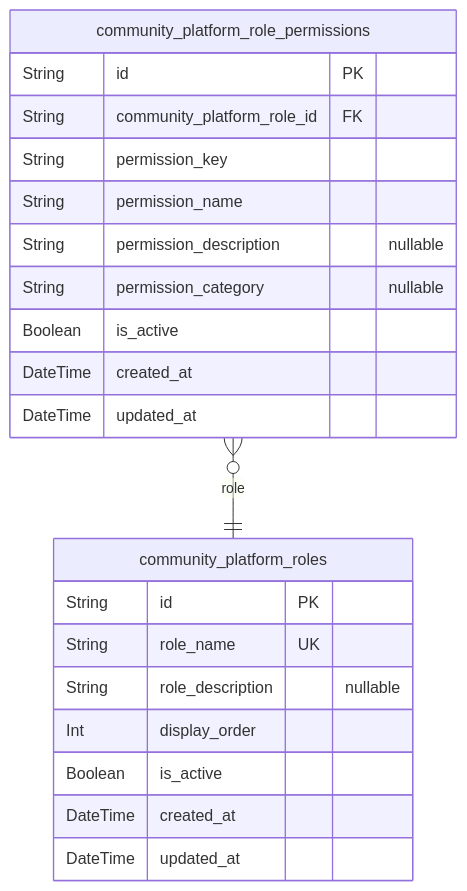
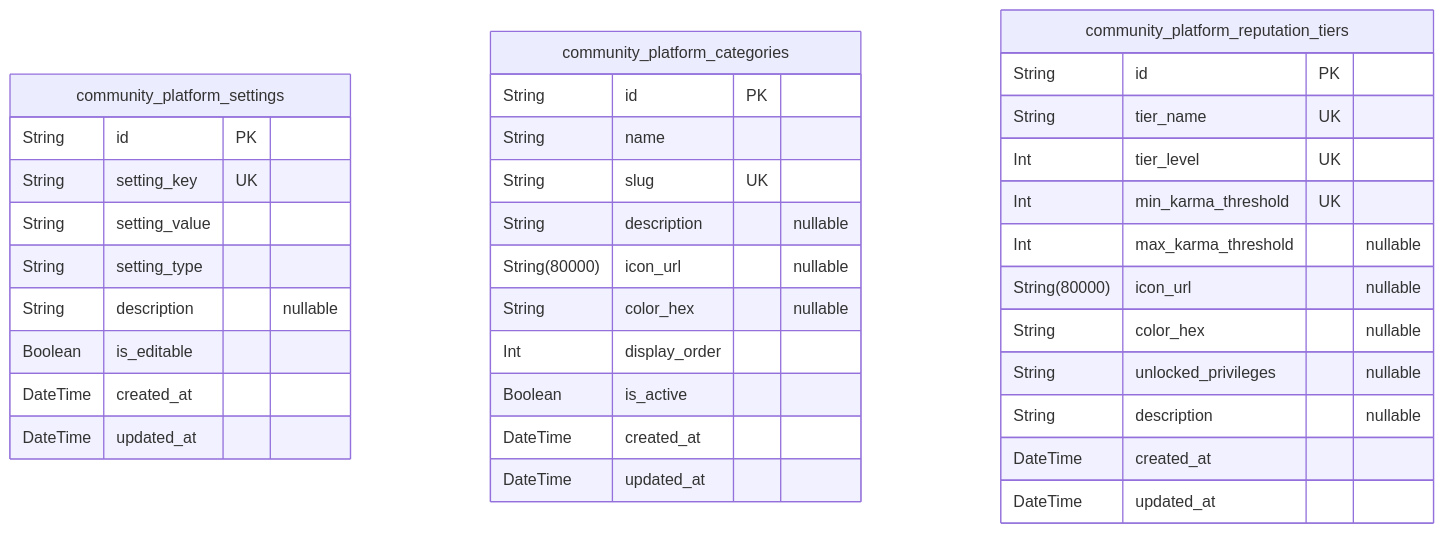
The first of 9 diagrams in anthropic/claude-haiku-4.5/reddit/docs/ERD.md (wrtnlabs/autobe-examples), drawn with Mermaid before and after one commit. The commit also changed other lines of this file and 16146 other files, not shown here.

````diff
--- a/anthropic/claude-haiku-4.5/reddit/docs/ERD.md
+++ b/anthropic/claude-haiku-4.5/reddit/docs/ERD.md
@@ -18,24 +17,38 @@
 ```mermaid
 erDiagram
-"community_platform_roles" {
+"community_platform_settings" {
   String id PK
-  String role_name UK
-  String role_description "nullable"
+  String setting_key UK
+  String setting_value
+  String setting_type
+  String description "nullable"
+  Boolean is_editable
+  DateTime created_at
+  DateTime updated_at
+}
+"community_platform_categories" {
+  String id PK
+  String name
+  String slug UK
+  String description "nullable"
+  String(80000) icon_url "nullable"
+  String color_hex "nullable"
   Int display_order
   Boolean is_active
   DateTime created_at
   DateTime updated_at
 }
-"community_platform_role_permissions" {
+"community_platform_reputation_tiers" {
   String id PK
-  String community_platform_role_id FK
-  String permission_key
-  String permission_name
-  String permission_description "nullable"
-  String permission_category "nullable"
-  Boolean is_active
+  String tier_name UK
+  Int tier_level UK
+  Int min_karma_threshold UK
+  Int max_karma_threshold "nullable"
+  String(80000) icon_url "nullable"
+  String color_hex "nullable"
+  String unlocked_privileges "nullable"
+  String description "nullable"
   DateTime created_at
   DateTime updated_at
 }
-"community_platform_role_permissions" }o--|| "community_platform_roles" : role
 ```
````
